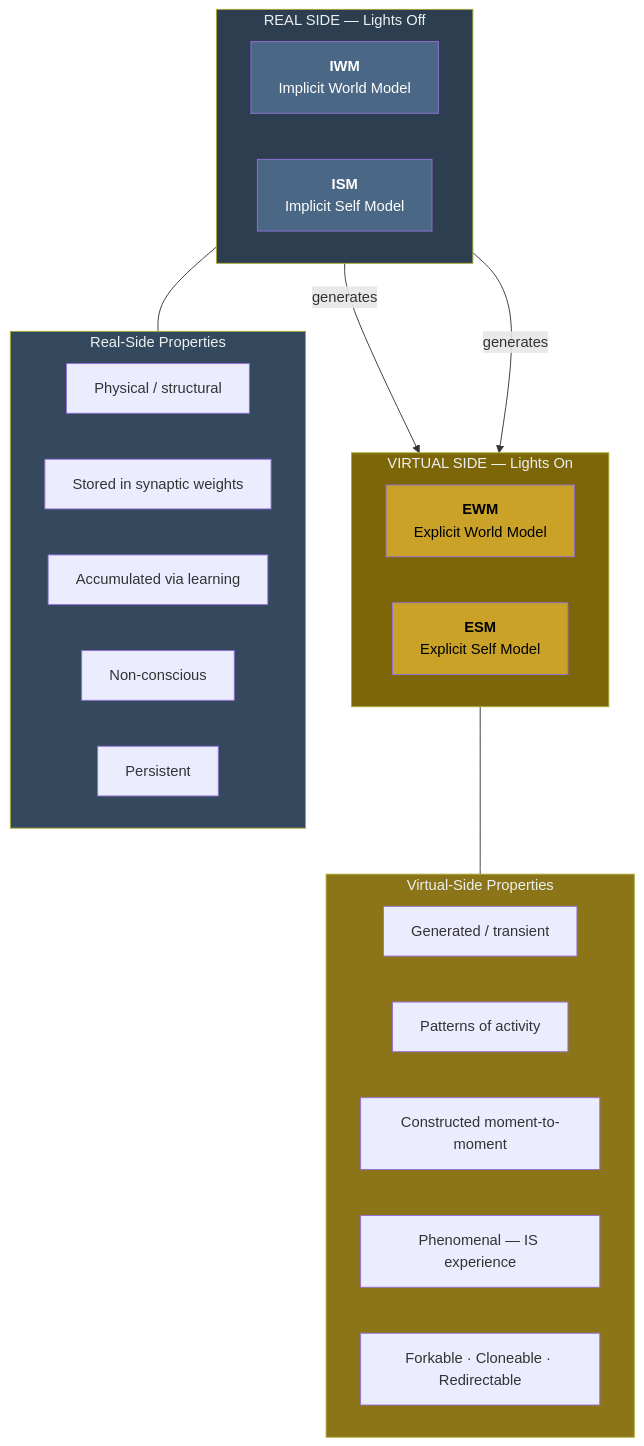
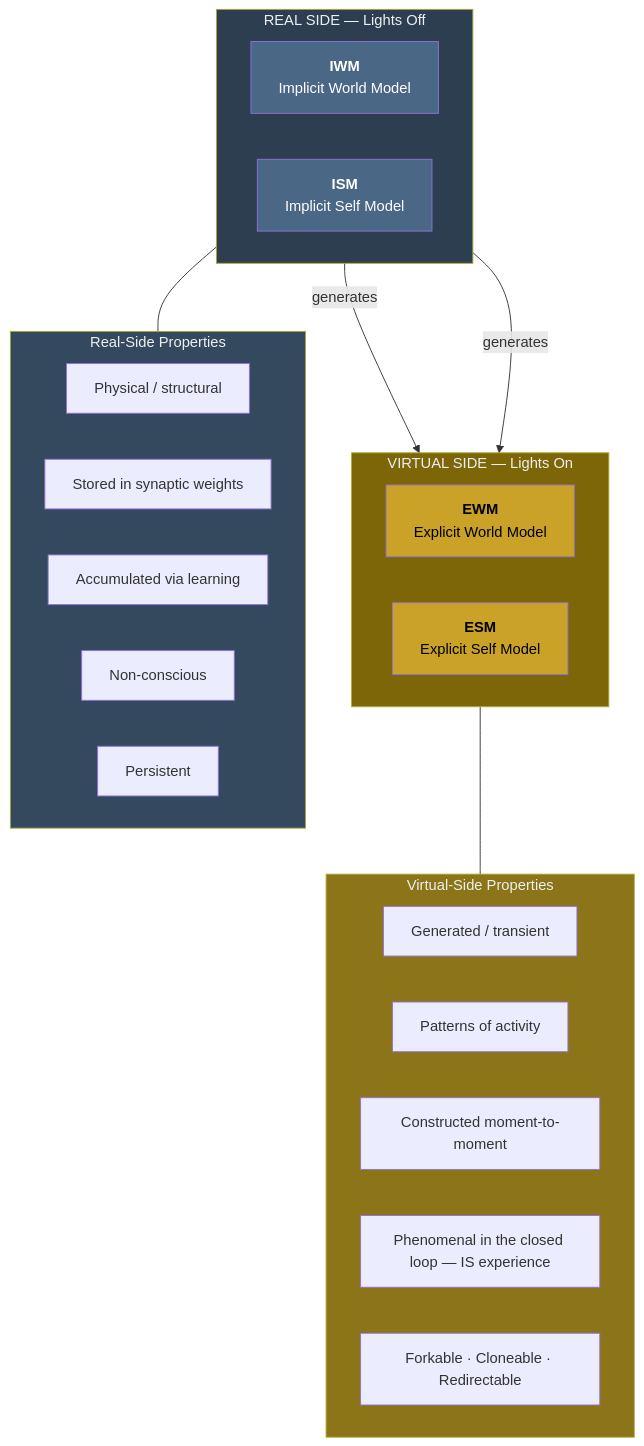
The diagram in wiki/core-architecture/real-virtual-split.md (JeltzProstetnic/aIware), drawn with Mermaid before and after one commit. The commit also changed other lines of this file and 366 other files, not shown here.

````diff
--- a/wiki/core-architecture/real-virtual-split.md
+++ b/wiki/core-architecture/real-virtual-split.md
@@ -54,44 +54,44 @@
 ```mermaid
 graph TB
     subgraph Real["REAL SIDE — Lights Off"]
         direction LR
         IWM["<b>IWM</b><br/>Implicit World Model"]
         ISM["<b>ISM</b><br/>Implicit Self Model"]
     end
 
     subgraph Virtual["VIRTUAL SIDE — Lights On"]
         direction LR
         EWM["<b>EWM</b><br/>Explicit World Model"]
         ESM["<b>ESM</b><br/>Explicit Self Model"]
     end
 
     subgraph RealProps["Real-Side Properties"]
         RP1["Physical / structural"]
         RP2["Stored in synaptic weights"]
         RP3["Accumulated via learning"]
         RP4["Non-conscious"]
         RP5["Persistent"]
     end
 
     subgraph VirtualProps["Virtual-Side Properties"]
         VP1["Generated / transient"]
         VP2["Patterns of activity"]
         VP3["Constructed moment-to-moment"]
-        VP4["Phenomenal — IS experience"]
+        VP4["Phenomenal in the closed loop — IS experience"]
         VP5["Forkable · Cloneable · Redirectable"]
     end
 
     IWM -->|"generates"| EWM
     ISM -->|"generates"| ESM
     Real --- RealProps
     Virtual --- VirtualProps
 
     style Real fill:#2c3e50,color:#ecf0f1
     style Virtual fill:#7d6608,color:#ecf0f1
     style IWM fill:#4a6785,color:#fff
     style ISM fill:#4a6785,color:#fff
     style EWM fill:#c9a227,color:#000
     style ESM fill:#c9a227,color:#000
     style RealProps fill:#34495e,color:#ecf0f1
     style VirtualProps fill:#8b7518,color:#ecf0f1
 ```
````
